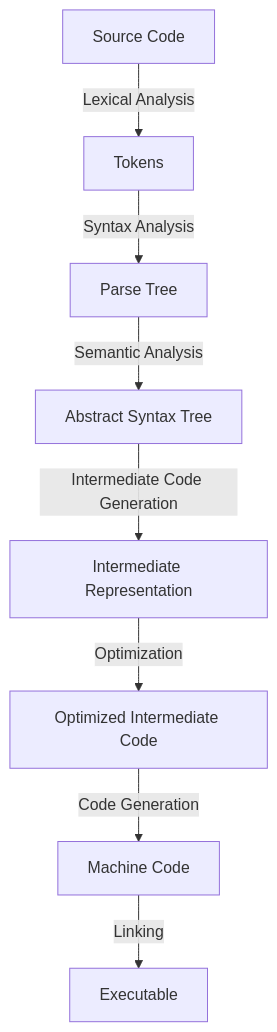
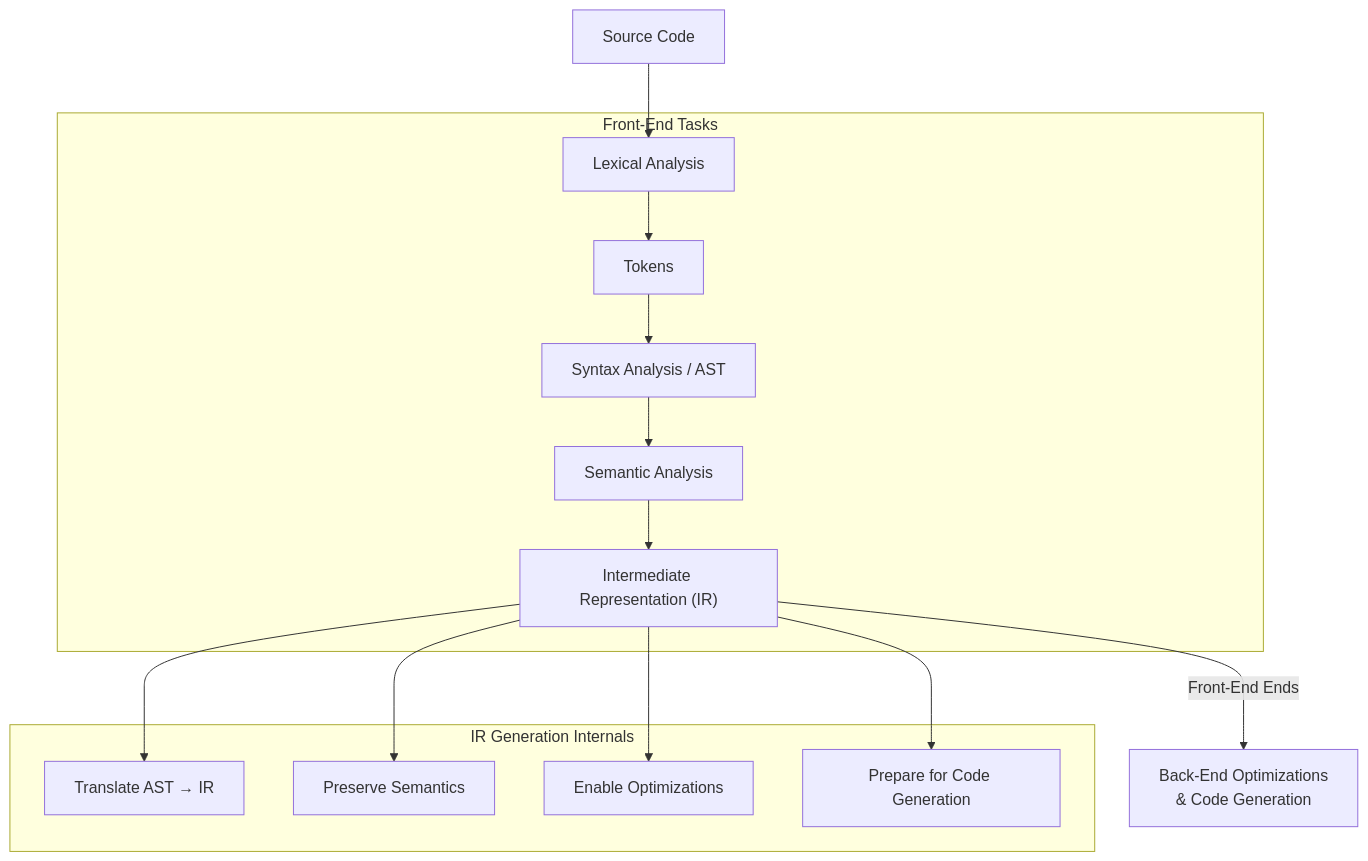
One commit to aabhinavg1/FixIt changed the fourth of 9 diagrams in docs/compilers/intro.md. Above: the diagram before and after it, drawn with Mermaid. The commit also changed other lines of this file and 1 other file, not shown here.

Commit message:
[compiler] source code to assembly link: /compilers/IntroductionToCompilers/

````diff
--- a/docs/compilers/intro.md
+++ b/docs/compilers/intro.md
@@ -97,10 +863,29 @@
 ```mermaid
-graph TD;
-    A[Source Code] -->|Lexical Analysis| B[Tokens];
-    B -->|Syntax Analysis| C[Parse Tree];
-    C -->|Semantic Analysis| D[Abstract Syntax Tree];
-    D -->|Intermediate Code Generation| E[Intermediate Representation];
-    E -->|Optimization| F[Optimized Intermediate Code];
-    F -->|Code Generation| G[Machine Code];
-    G -->|Linking| H[Executable];
+flowchart TD
+    A[Source Code] --> B[Lexical Analysis]
+    B --> C[Tokens]
+    C --> D[Syntax Analysis / AST]
+    D --> E[Semantic Analysis]
+    E --> F["Intermediate Representation (IR)"]
+    F -->|Front-End Ends| G[Back-End Optimizations <br/> & Code Generation]
+
+    subgraph Front-End Tasks
+        B
+        C
+        D
+        E
+        F
+    end
+
+    subgraph IR Generation Internals
+        F1[Translate AST → IR]
+        F2[Preserve Semantics]
+        F3[Enable Optimizations]
+        F4[Prepare for Code Generation]
+    end
+
+    F --> F1
+    F --> F2
+    F --> F3
+    F --> F4
 ```
````
